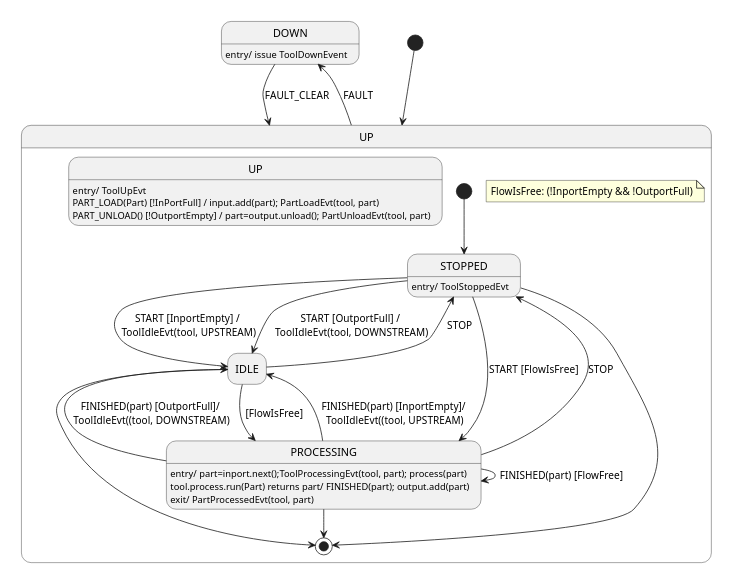
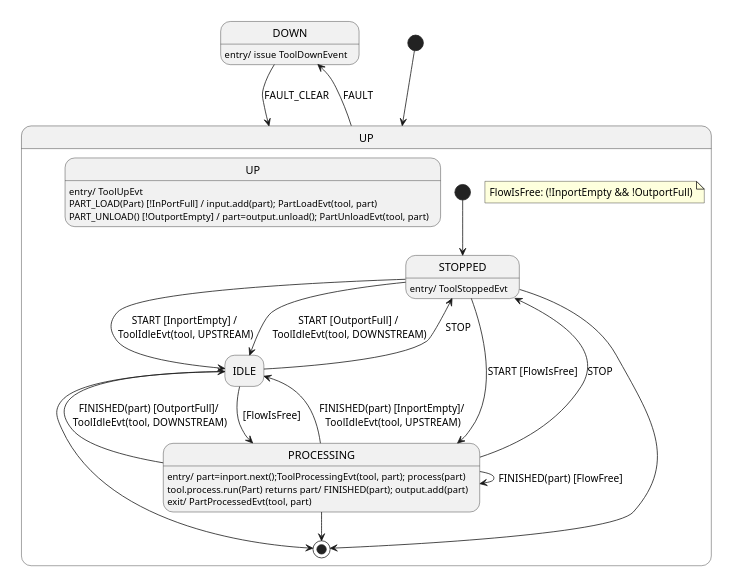
The diagram in doc/domain/tool.state.puml (onouv/mes-tool-mock-srv), drawn with PlantUML before and after one commit. The commit also changed 25 other files, not shown here.

```diff
--- a/doc/domain/tool.state.puml
+++ b/doc/domain/tool.state.puml
@@ -1,47 +1,47 @@
 @startuml
 'https://plantuml.com/state-diagram
 
 scale 350 width
 
 hide empty description
 state DOWN : entry/ issue ToolDownEvent
 
 [*] --> UP
 UP --> DOWN: FAULT
 DOWN --> UP: FAULT_CLEAR
 state UP {
     state UP: entry/ ToolUpEvt
     state UP: PART_LOAD(Part) [!InPortFull] / input.add(part); PartLoadEvt(tool, part)
     state UP: PART_UNLOAD() [!OutportEmpty] / part=output.unload(); PartUnloadEvt(tool, part)
     state STOPPED: entry/ ToolStoppedEvt
     state IDLE
     state PROCESSING: entry/ part=inport.next();ToolProcessingEvt(tool, part); process(part)
     state PROCESSING: tool.process.run(Part) returns part/ FINISHED(part); output.add(part)
 
     state PROCESSING: exit/ PartProcessedEvt(tool, part)
 
     [*] --> STOPPED
     STOPPED --> IDLE: START [InportEmpty] / \nToolIdleEvt(tool, UPSTREAM)
     STOPPED --> IDLE: START [OutportFull] / \nToolIdleEvt(tool, DOWNSTREAM)
 
     STOPPED --> PROCESSING: START [FlowIsFree]
     PROCESSING --> PROCESSING: FINISHED(part) [FlowFree]
-    PROCESSING --> IDLE: FINISHED(part) [InportEmpty]/ \nToolIdleEvt((tool, UPSTREAM)
-    PROCESSING --> IDLE: FINISHED(part) [OutportFull]/ \nToolIdleEvt((tool, DOWNSTREAM)
+    PROCESSING --> IDLE: FINISHED(part) [InportEmpty]/ \nToolIdleEvt(tool, UPSTREAM)
+    PROCESSING --> IDLE: FINISHED(part) [OutportFull]/ \nToolIdleEvt(tool, DOWNSTREAM)
     IDLE --> PROCESSING: [FlowIsFree]
 
 
     IDLE --> STOPPED: STOP
     PROCESSING --> STOPPED: STOP
 
     STOPPED --> [*]
     IDLE --> [*]
     PROCESSING --> [*]
 
     note as T
         FlowIsFree: (!InportEmpty && !OutportFull)
     end note
 
 }
 
 @enduml
```
